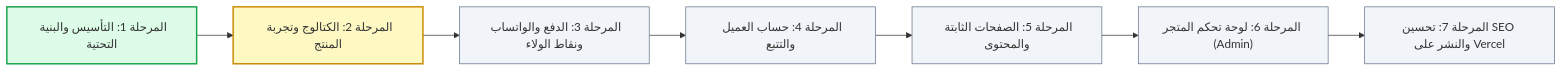
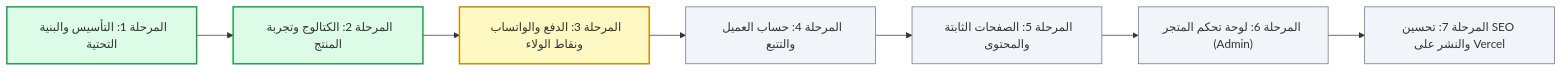
Before and after one commit to SiRacem/VAYRO-STORE: the diagram in docs/ROADMAP.md, drawn with Mermaid. The commit also changed other lines of this file, not shown here.

Commit message:
docs: mark phase 2 complete in roadmap

````diff
--- a/docs/ROADMAP.md
+++ b/docs/ROADMAP.md
@@ -11,17 +11,17 @@
 ```mermaid
 flowchart LR
     P1["المرحلة 1: التأسيس والبنية التحتية"] --> P2["المرحلة 2: الكتالوج وتجربة المنتج"]
     P2 --> P3["المرحلة 3: الدفع والواتساب ونقاط الولاء"]
     P3 --> P4["المرحلة 4: حساب العميل والتتبع"]
     P4 --> P5["المرحلة 5: الصفحات الثابتة والمحتوى"]
     P5 --> P6["المرحلة 6: لوحة تحكم المتجر (Admin)"]
     P6 --> P7["المرحلة 7: تحسين SEO والنشر على Vercel"]
     
     style P1 fill:#dcfce7,stroke:#16a34a,stroke-width:2px
-    style P2 fill:#fef9c3,stroke:#ca8a04,stroke-width:2px
-    style P3 fill:#f1f5f9,stroke:#64748b,stroke-width:1px
+    style P2 fill:#dcfce7,stroke:#16a34a,stroke-width:2px
+    style P3 fill:#fef9c3,stroke:#ca8a04,stroke-width:2px
     style P4 fill:#f1f5f9,stroke:#64748b,stroke-width:1px
     style P5 fill:#f1f5f9,stroke:#64748b,stroke-width:1px
     style P6 fill:#f1f5f9,stroke:#64748b,stroke-width:1px
     style P7 fill:#f1f5f9,stroke:#64748b,stroke-width:1px
 ```
````
